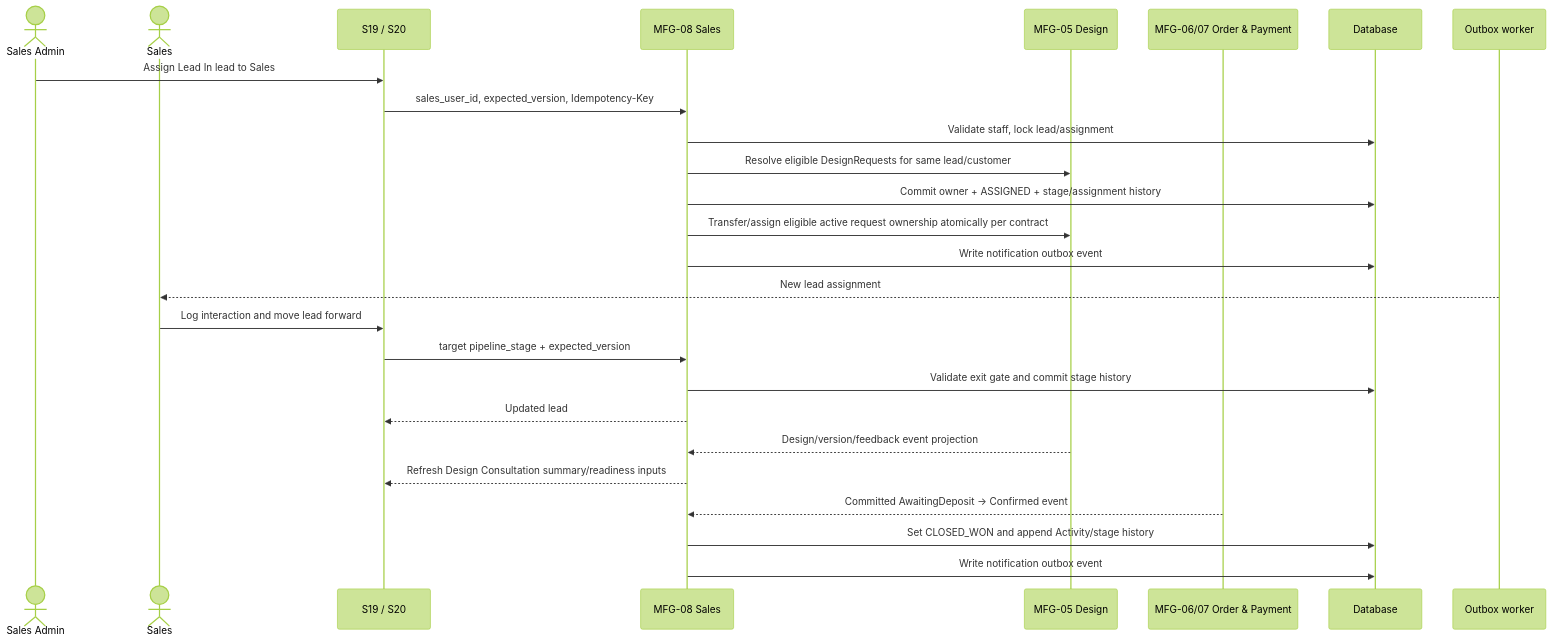
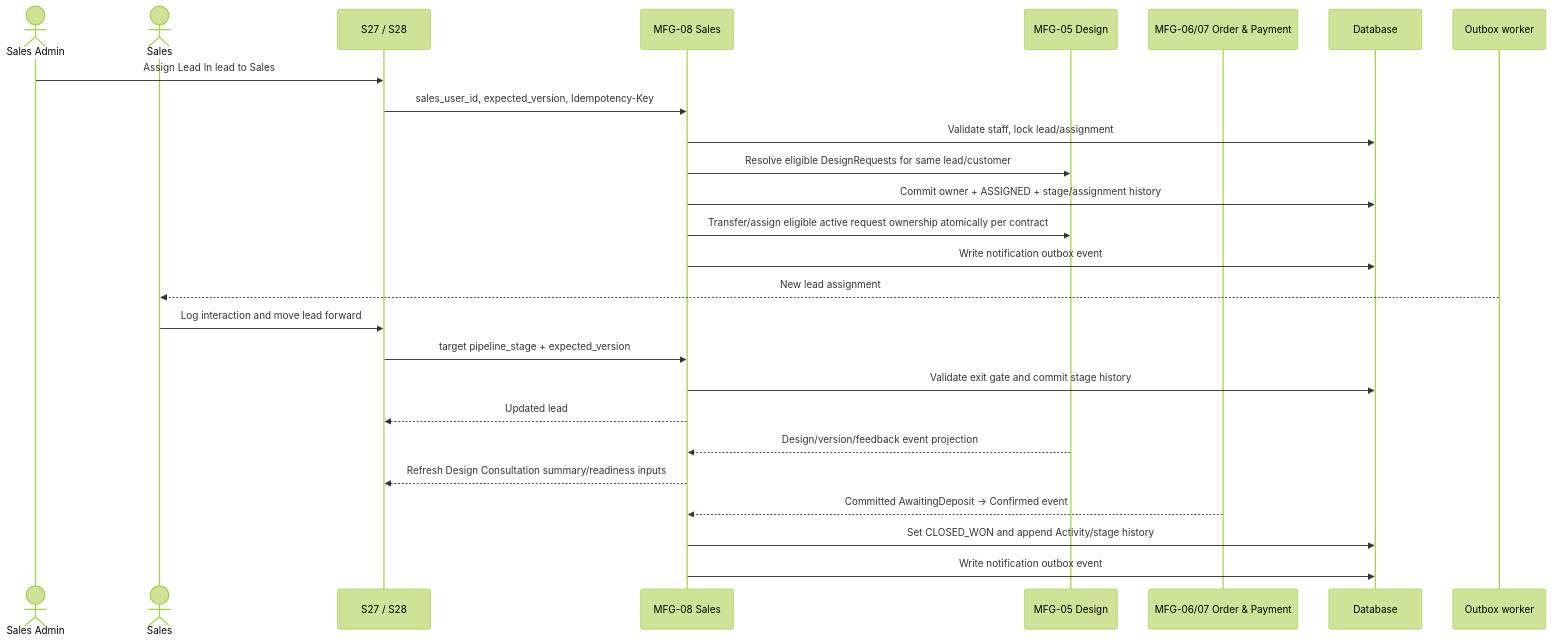
One commit to ankhanhwork/weavelink-project changed the second of 2 diagrams in docs/spec/specs/spec-MFG-08.md. Above: the diagram before and after it, drawn with Mermaid (forest theme). The commit also changed other lines of this file and 235 other files, not shown here.

````diff
--- a/docs/spec/specs/spec-MFG-08.md
+++ b/docs/spec/specs/spec-MFG-08.md
@@ -104,32 +104,32 @@
 ```mermaid
 sequenceDiagram
     actor Admin as Sales Admin
     actor Sales as Sales
-    participant UI as S19 / S20
+    participant UI as S27 / S28
     participant SalesModule as MFG-08 Sales
     participant DesignModule as MFG-05 Design
     participant OrderModule as MFG-06/07 Order & Payment
     participant DB as Database
     participant Outbox as Outbox worker
 
     Admin->>UI: Assign Lead In lead to Sales
     UI->>SalesModule: sales_user_id, expected_version, Idempotency-Key
     SalesModule->>DB: Validate staff, lock lead/assignment
     SalesModule->>DesignModule: Resolve eligible DesignRequests for same lead/customer
     SalesModule->>DB: Commit owner + ASSIGNED + stage/assignment history
     SalesModule->>DesignModule: Transfer/assign eligible active request ownership atomically per contract
     SalesModule->>DB: Write notification outbox event
     Outbox-->>Sales: New lead assignment
 
     Sales->>UI: Log interaction and move lead forward
     UI->>SalesModule: target pipeline_stage + expected_version
     SalesModule->>DB: Validate exit gate and commit stage history
     SalesModule-->>UI: Updated lead
 
     DesignModule-->>SalesModule: Design/version/feedback event projection
     SalesModule-->>UI: Refresh Design Consultation summary/readiness inputs
 
     OrderModule-->>SalesModule: Committed AwaitingDeposit -> Confirmed event
     SalesModule->>DB: Set CLOSED_WON and append Activity/stage history
     SalesModule->>DB: Write notification outbox event
 ```
````
